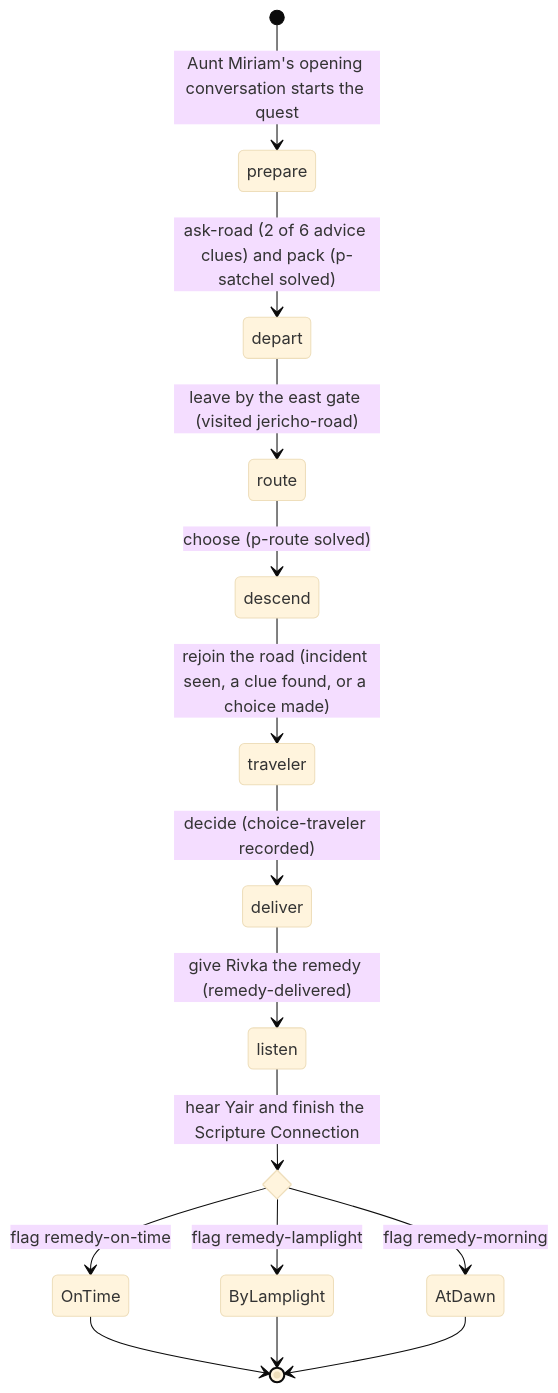
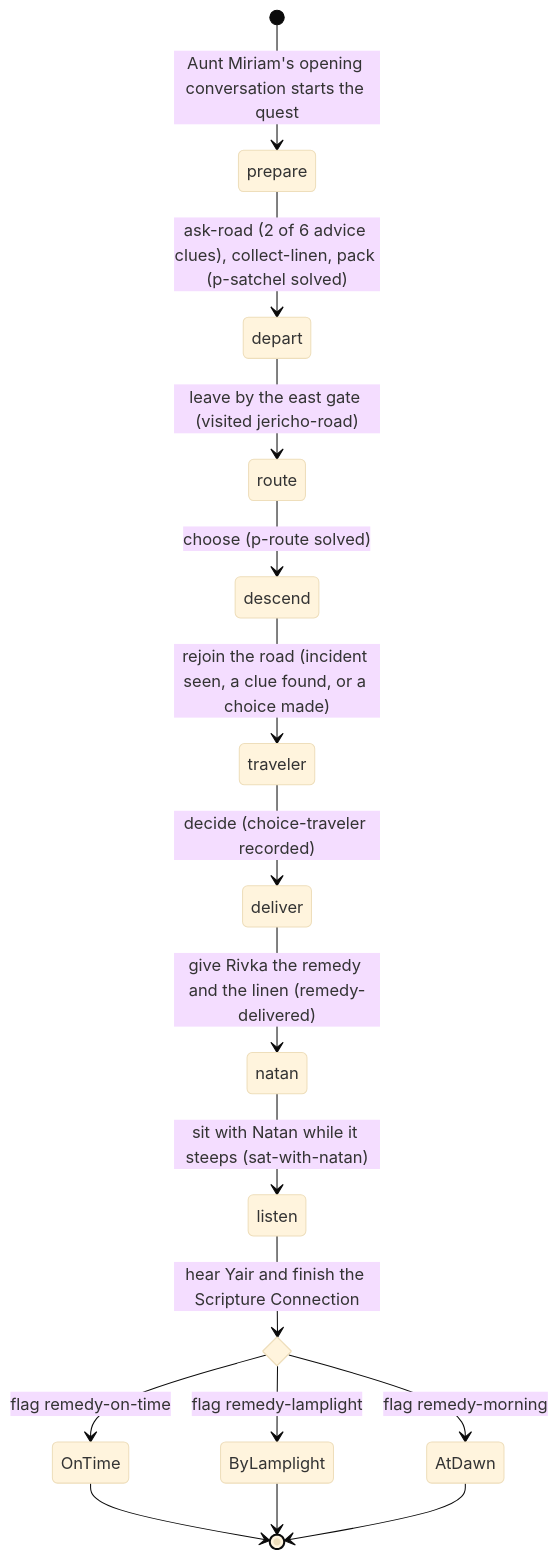
Before and after one commit to Zac-Harlan-Lee-Enterprises/witness: the third of 8 diagrams in docs/game-design.md, drawn with Mermaid (base theme). The commit also changed other lines of this file and 7 other files, not shown here.

````diff
--- a/docs/game-design.md
+++ b/docs/game-design.md
@@ -331,18 +340,19 @@
 ```mermaid
 stateDiagram-v2
   state outcome <<choice>>
   [*] --> prepare: Aunt Miriam's opening conversation starts the quest
-  prepare --> depart: ask-road (2 of 6 advice clues) and pack (p-satchel solved)
+  prepare --> depart: ask-road (2 of 6 advice clues), collect-linen, pack (p-satchel solved)
   depart --> route: leave by the east gate (visited jericho-road)
   route --> descend: choose (p-route solved)
   descend --> traveler: rejoin the road (incident seen, a clue found, or a choice made)
   traveler --> deliver: decide (choice-traveler recorded)
-  deliver --> listen: give Rivka the remedy (remedy-delivered)
+  deliver --> natan: give Rivka the remedy and the linen (remedy-delivered)
+  natan --> listen: sit with Natan while it steeps (sat-with-natan)
   listen --> outcome: hear Yair and finish the Scripture Connection
   outcome --> OnTime: flag remedy-on-time
   outcome --> ByLamplight: flag remedy-lamplight
   outcome --> AtDawn: flag remedy-morning
   OnTime --> [*]
   ByLamplight --> [*]
   AtDawn --> [*]
 ```
````
